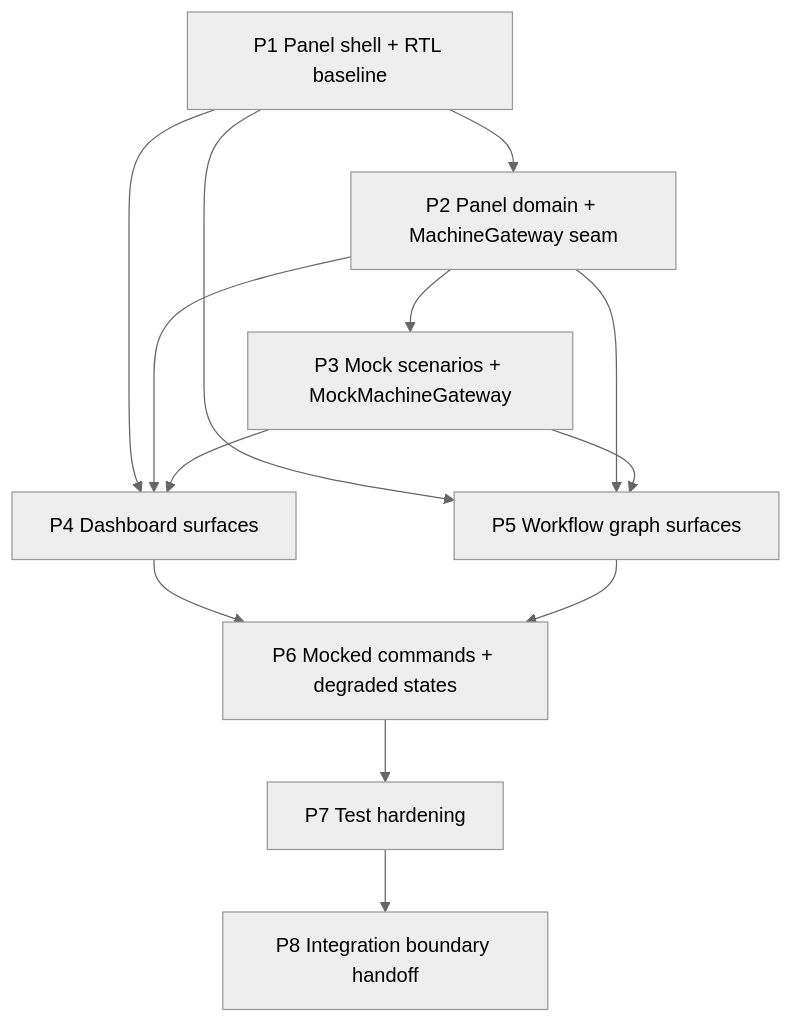
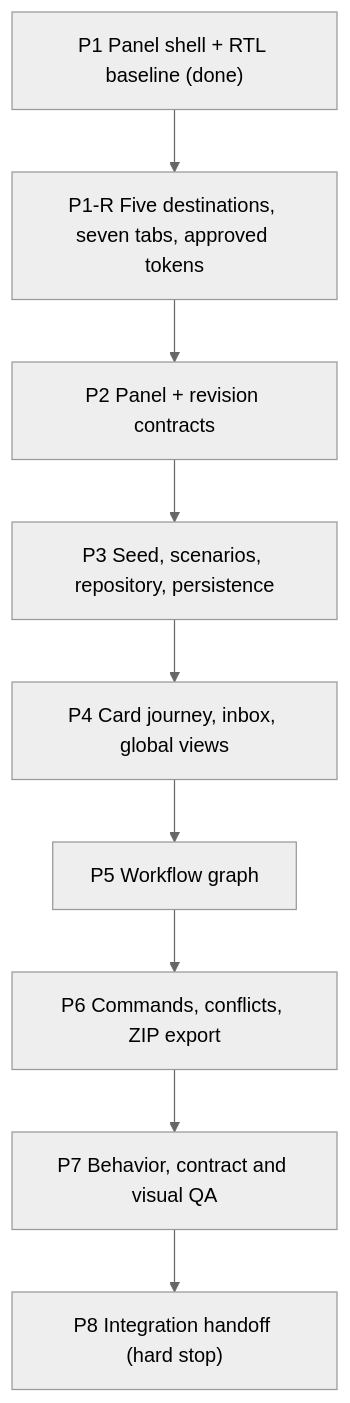
The diagram in docs/tickets/README.md (Nimboflash/final-support-drop), drawn with Mermaid (neutral theme) before and after one commit. The commit also changed other lines of this file and 4 other files, not shown here.

````diff
--- a/docs/tickets/README.md
+++ b/docs/tickets/README.md
@@ -51,24 +62,21 @@
 ```mermaid
 graph TD
-  P1["P1 Panel shell + RTL baseline"]
-  P2["P2 Panel domain + MachineGateway seam"]
-  P3["P3 Mock scenarios + MockMachineGateway"]
-  P4["P4 Dashboard surfaces"]
-  P5["P5 Workflow graph surfaces"]
-  P6["P6 Mocked commands + degraded states"]
-  P7["P7 Test hardening"]
-  P8["P8 Integration boundary handoff"]
+  P1["P1 Panel shell + RTL baseline (done)"]
+  P1R["P1-R Five destinations, seven tabs, approved tokens"]
+  P2["P2 Panel + revision contracts"]
+  P3["P3 Seed, scenarios, repository, persistence"]
+  P4["P4 Card journey, inbox, global views"]
+  P5["P5 Workflow graph"]
+  P6["P6 Commands, conflicts, ZIP export"]
+  P7["P7 Behavior, contract and visual QA"]
+  P8["P8 Integration handoff (hard stop)"]
 
-  P1 --> P2
+  P1 --> P1R
+  P1R --> P2
   P2 --> P3
-  P1 --> P4
-  P2 --> P4
   P3 --> P4
-  P1 --> P5
-  P2 --> P5
-  P3 --> P5
-  P4 --> P6
+  P4 --> P5
   P5 --> P6
   P6 --> P7
   P7 --> P8
 ```
````
